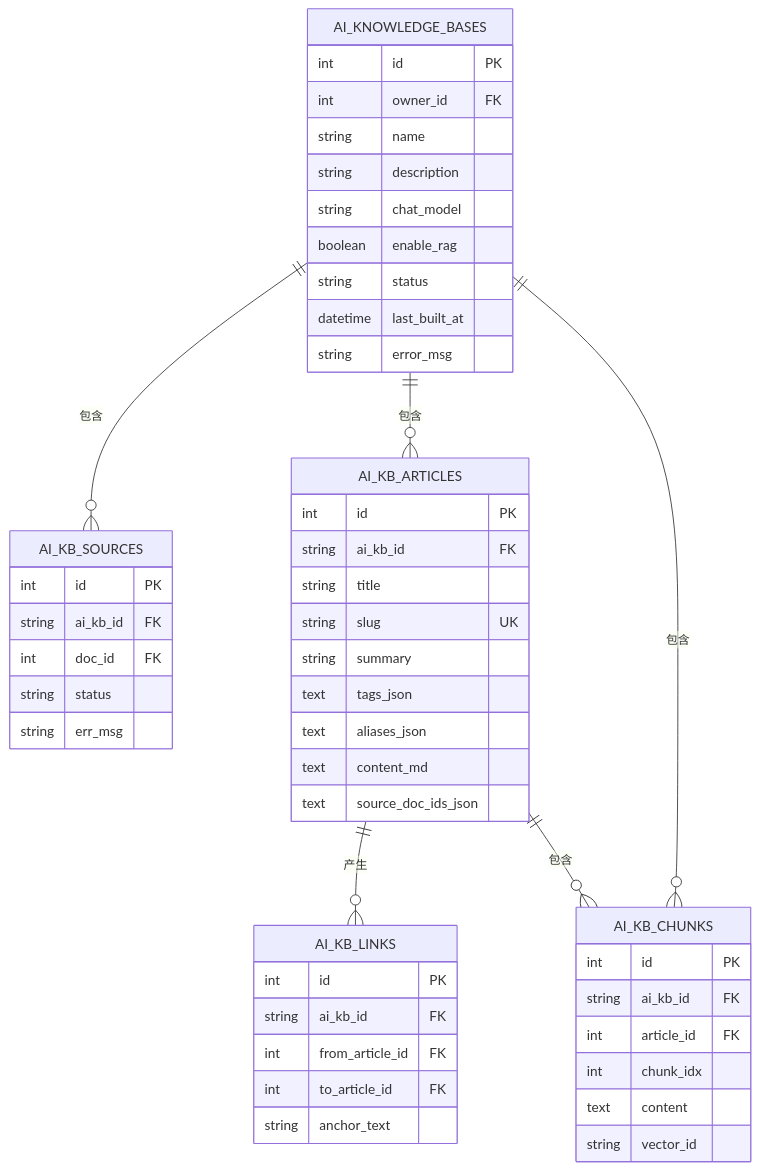
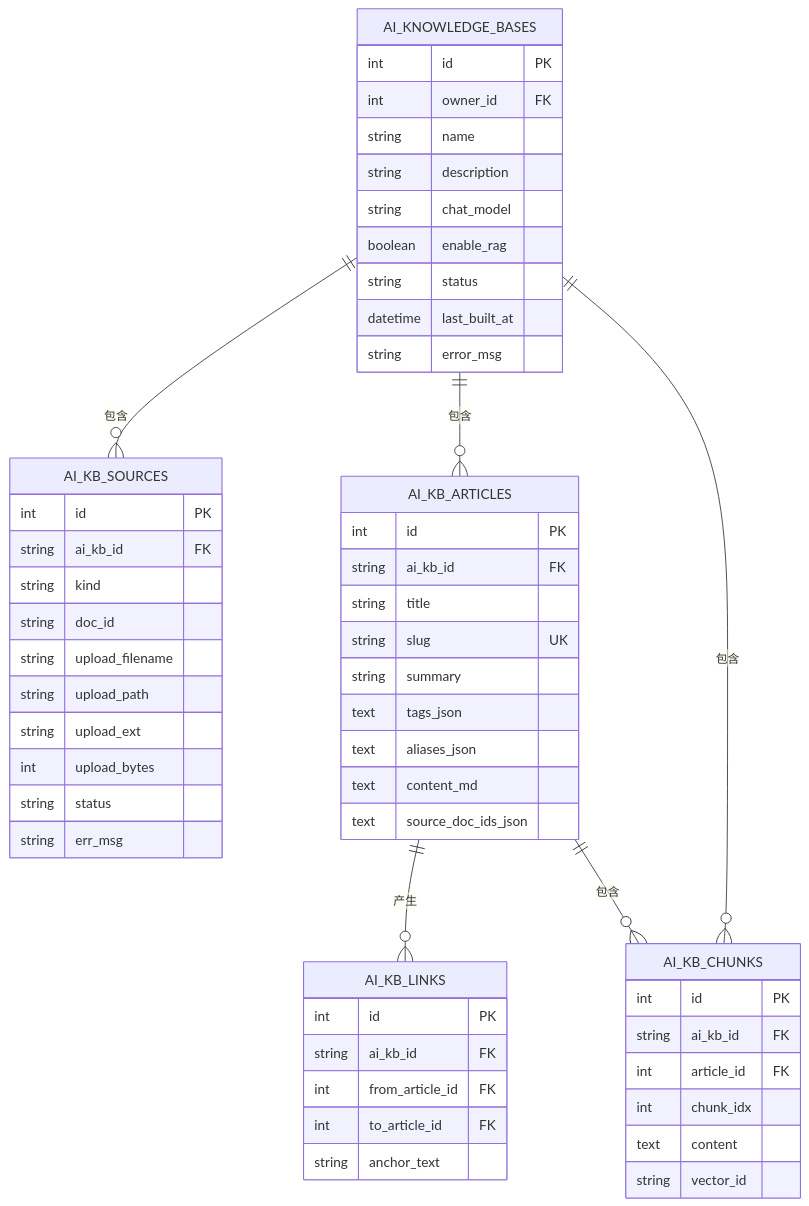
Diagram 13 of 13 in .qoder/repowiki/zh/content/核心模块/AI知识库模块/AI知识库服务层.md (beyondalbert/my_wiki), drawn with Mermaid before and after one commit. The commit also changed other lines of this file and 7 other files, not shown here.

````diff
--- a/.qoder/repowiki/zh/content/核心模块/AI知识库模块/AI知识库服务层.md
+++ b/.qoder/repowiki/zh/content/核心模块/AI知识库模块/AI知识库服务层.md
@@ -513,52 +667,57 @@
 ```mermaid
 erDiagram
 AI_KNOWLEDGE_BASES {
 int id PK
 int owner_id FK
 string name
 string description
 string chat_model
 boolean enable_rag
 string status
 datetime last_built_at
 string error_msg
 }
 AI_KB_SOURCES {
 int id PK
 string ai_kb_id FK
-int doc_id FK
+string kind
+string doc_id
+string upload_filename
+string upload_path
+string upload_ext
+int upload_bytes
 string status
 string err_msg
 }
 AI_KB_ARTICLES {
 int id PK
 string ai_kb_id FK
 string title
 string slug UK
 string summary
 text tags_json
 text aliases_json
 text content_md
 text source_doc_ids_json
 }
 AI_KB_LINKS {
 int id PK
 string ai_kb_id FK
 int from_article_id FK
 int to_article_id FK
 string anchor_text
 }
 AI_KB_CHUNKS {
 int id PK
 string ai_kb_id FK
 int article_id FK
 int chunk_idx
 text content
 string vector_id
 }
 AI_KNOWLEDGE_BASES ||--o{ AI_KB_SOURCES : "包含"
 AI_KNOWLEDGE_BASES ||--o{ AI_KB_ARTICLES : "包含"
 AI_KB_ARTICLES ||--o{ AI_KB_LINKS : "产生"
 AI_KNOWLEDGE_BASES ||--o{ AI_KB_CHUNKS : "包含"
 AI_KB_ARTICLES ||--o{ AI_KB_CHUNKS : "包含"
 ```
````
